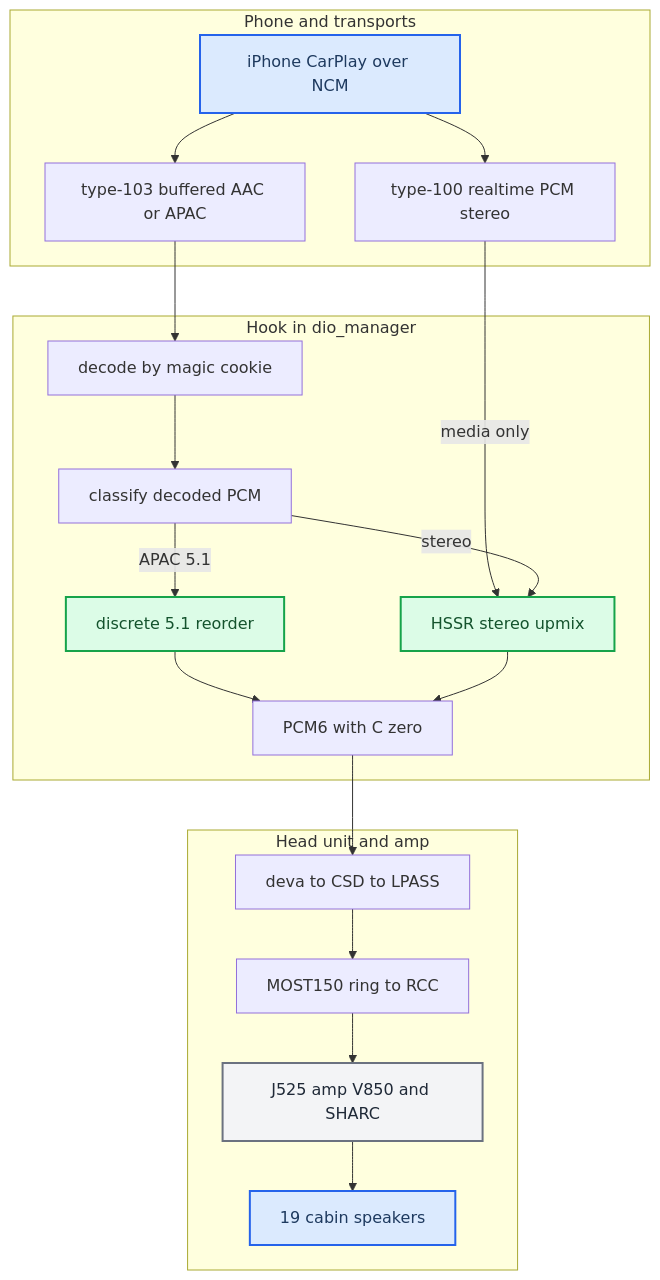
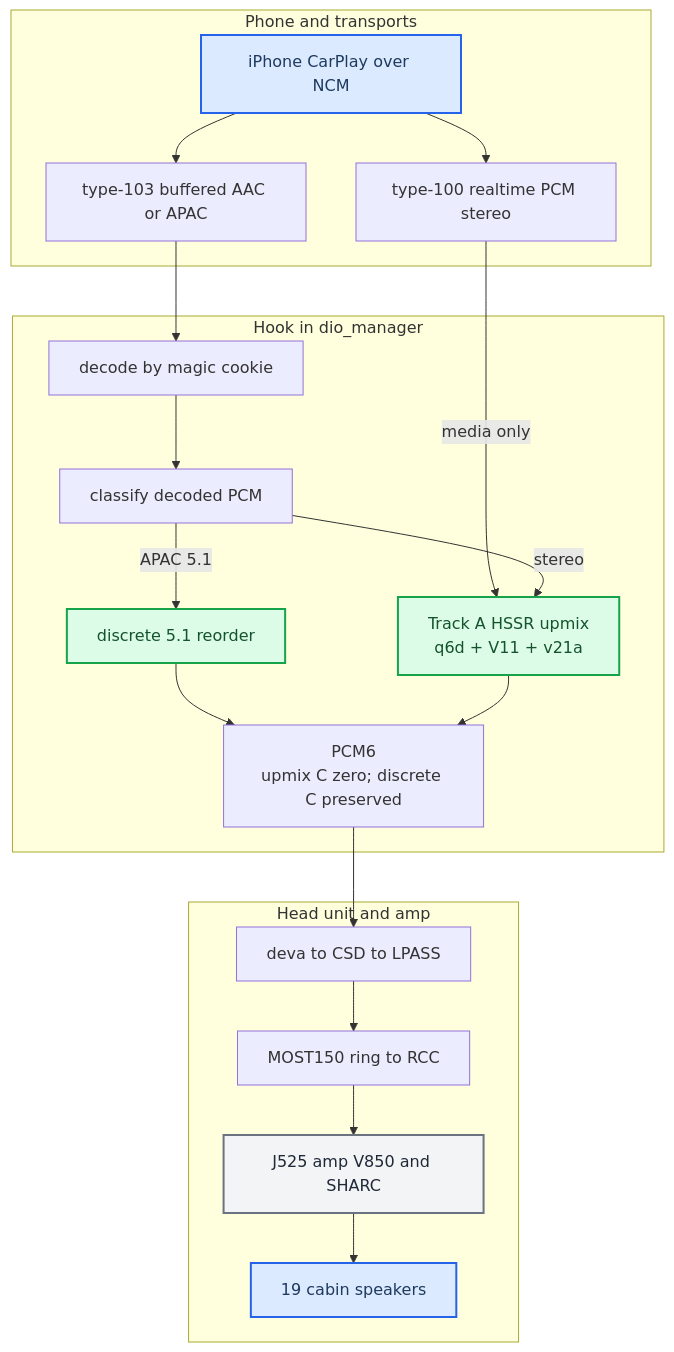
The second of 2 diagrams in docs/audio/README.md (luka-dev/mib2q-carplay-rgi), drawn with Mermaid before and after one commit. The commit also changed other lines of this file and 6 other files, not shown here.

Commit message:
docs(audio): refresh domain diagrams and paused qualification map

````diff
--- a/docs/audio/README.md
+++ b/docs/audio/README.md
@@ -17,36 +32,36 @@
 ```mermaid
 flowchart TB
   accTitle: Stereo to 5.1 CarPlay audio pipeline
   accDescr: Two phone transports feed decode or the realtime path, split into discrete 5.1 or the HSSR upmix, converge on PCM6 and travel through deva and MOST to the J525 amp and the speakers.
   subgraph phone_side["Phone and transports"]
     iphone["iPhone CarPlay over NCM"]
     realtime_100["type-100 realtime PCM stereo"]
     buffered_103["type-103 buffered AAC or APAC"]
   end
   subgraph hook_side["Hook in dio_manager"]
     cookie_decode["decode by magic cookie"]
     classify_pcm["classify decoded PCM"]
     discrete_51["discrete 5.1 reorder"]
-    hssr_upmix["HSSR stereo upmix"]
-    pcm6_out["PCM6 with C zero"]
+    hssr_upmix["Track A HSSR upmix<br/>q6d + V11 + v21a"]
+    pcm6_out["PCM6<br/>upmix C zero; discrete C preserved"]
   end
   subgraph car_side["Head unit and amp"]
     deva_csd["deva to CSD to LPASS"]
     most_ring["MOST150 ring to RCC"]
     j525_amp["J525 amp V850 and SHARC"]
     speakers_19["19 cabin speakers"]
   end
   iphone --> realtime_100
   iphone --> buffered_103
   realtime_100 -->|media only| hssr_upmix
   buffered_103 --> cookie_decode --> classify_pcm
   classify_pcm -->|APAC 5.1| discrete_51 --> pcm6_out
   classify_pcm -->|stereo| hssr_upmix --> pcm6_out
   pcm6_out --> deva_csd --> most_ring --> j525_amp --> speakers_19
   classDef primary fill:#dbeafe,stroke:#2563eb,stroke-width:2px,color:#1e3a5f
   classDef success fill:#dcfce7,stroke:#16a34a,stroke-width:2px,color:#14532d
   classDef neutral fill:#f3f4f6,stroke:#6b7280,stroke-width:2px,color:#1f2937
   class iphone,speakers_19 primary
   class discrete_51,hssr_upmix success
   class j525_amp neutral
 ```
````
